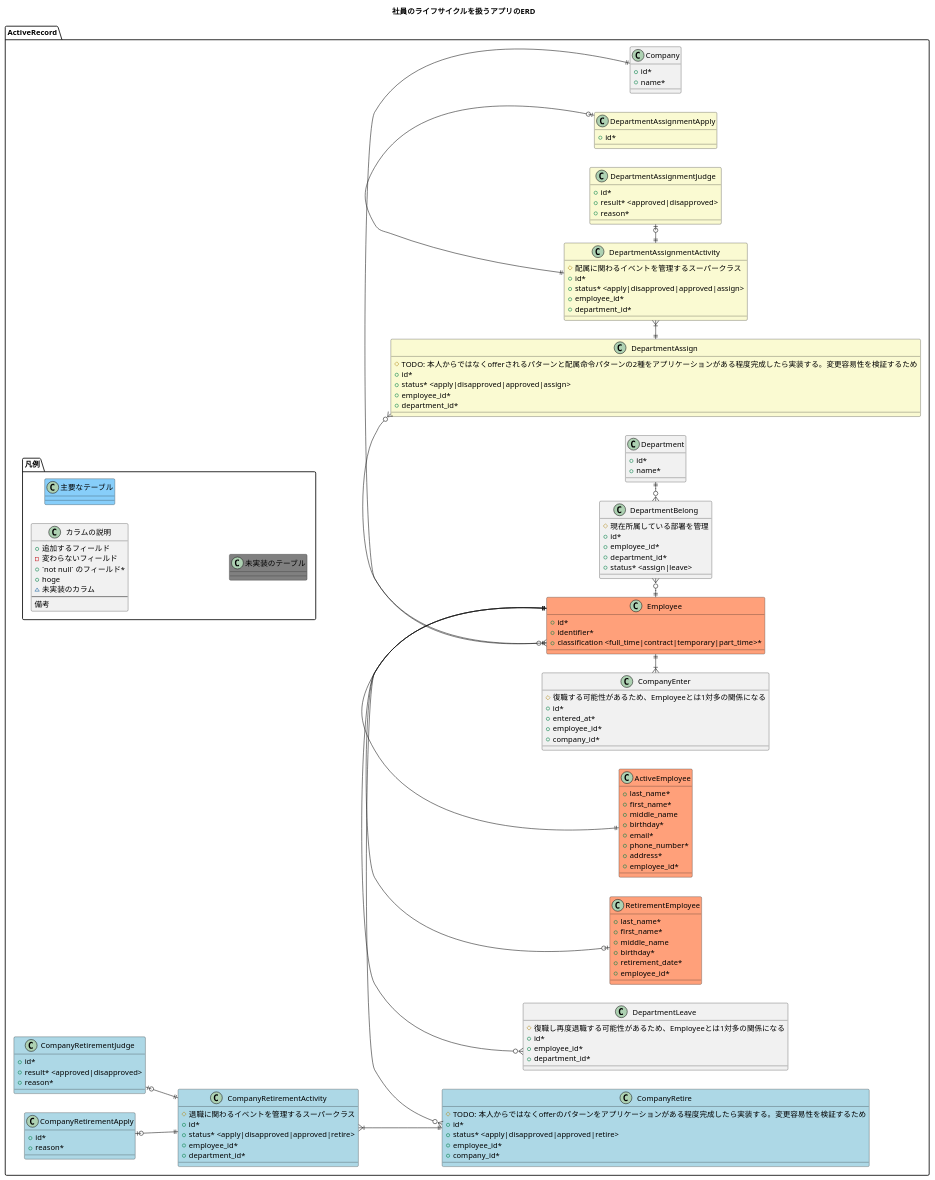
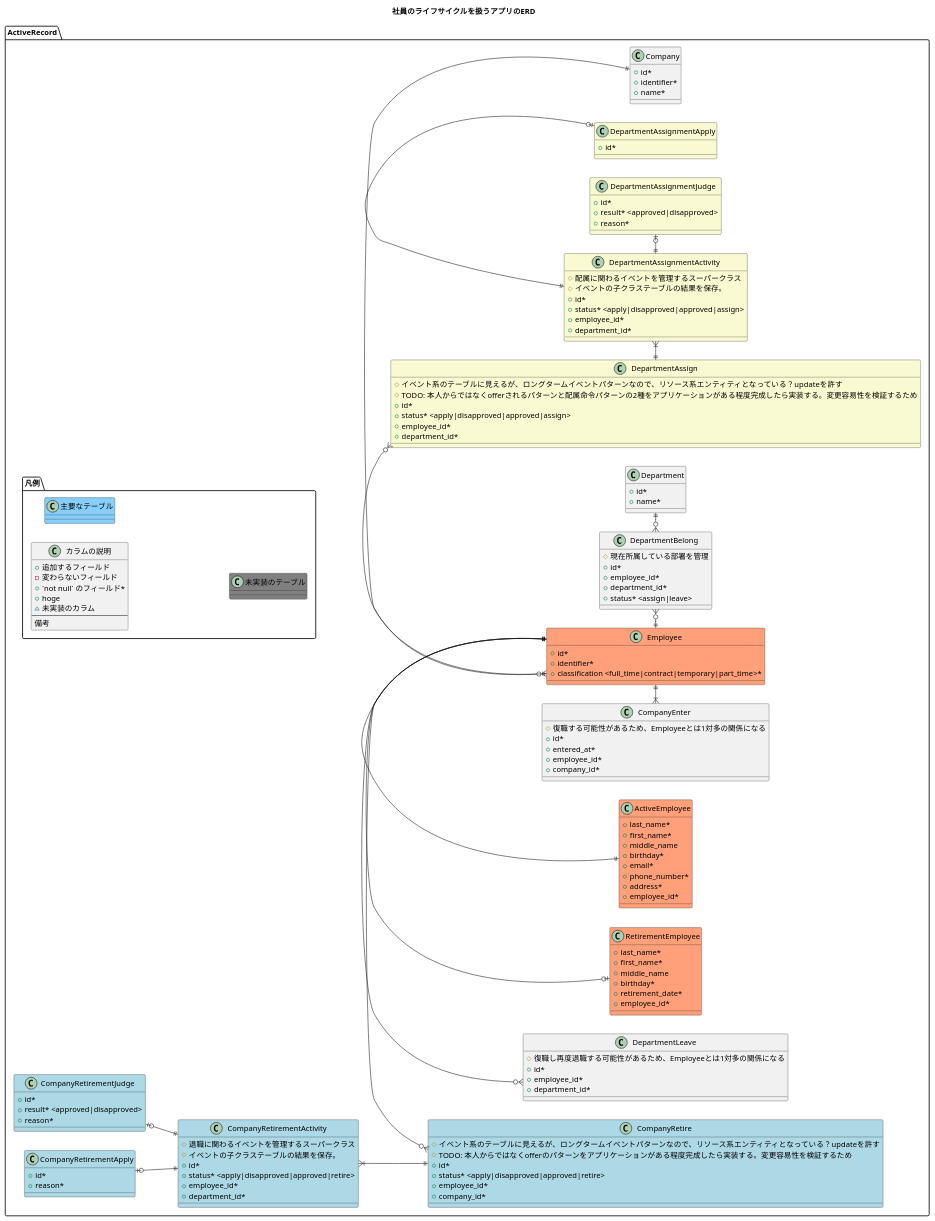
The diagram in SystemDesign/ er.puml (nakamori-naoya/human_resource_management_app_rails), drawn with PlantUML before and after one commit.

Commit message:
comment:テーブルの役割に対してコメントを付与

```diff
--- a/SystemDesign/ er.puml
+++ b/SystemDesign/ er.puml
@@ -1,155 +1,160 @@
 @startuml
 title
 社員のライフサイクルを扱うアプリのERD
 end title
 left to right direction
 
 namespace ActiveRecord {
   namespace 凡例 {
     class カラムの説明 {
       + 追加するフィールド
       - 変わらないフィールド
       + `not null` のフィールド*
       + hoge 
       ~ 未実装のカラム
       --
       備考
     }
 
     class 主要なテーブル #LightSkyBlue {
     }
 
     class 未実装のテーブル #Grey {
     }
   }
 
   class Employee #LightSalmon {
     + id*
     + identifier*
     + classification <full_time|contract|temporary|part_time>*
   }
 
   class ActiveEmployee #LightSalmon {
     + last_name*
     + first_name*
     + middle_name
     + birthday*
     + email*
     + phone_number*
     + address*
     + employee_id*
   }
 
   class RetirementEmployee #LightSalmon {
     + last_name*
     + first_name*
     + middle_name
     + birthday*
     + retirement_date*
     + employee_id*
   }
 
   class Company {
     + id*
+    + identifier*
     + name*
   }
 
   class CompanyEnter {
     # 復職する可能性があるため、Employeeとは1対多の関係になる
     + id*
     + entered_at*
     + employee_id*
     + company_id*
   }
 
   class CompanyRetire #LightBlue{
+    # イベント系のテーブルに見えるが、ロングタームイベントパターンなので、リソース系エンティティとなっている？updateを許す
     # TODO: 本人からではなくofferのパターンをアプリケーションがある程度完成したら実装する。変更容易性を検証するため
     + id*
     + status* <apply|disapproved|approved|retire>
     + employee_id*
     + company_id*
   }
 
   class CompanyRetirementActivity #LightBlue{
     # 退職に関わるイベントを管理するスーパークラス
+    # イベントの子クラステーブルの結果を保存。
     + id*
     + status* <apply|disapproved|approved|retire>
     + employee_id*
     + department_id*
   }
 
   class CompanyRetirementApply #LightBlue{
     + id*
     + reason* 
   }
 
   class CompanyRetirementJudge #LightBlue {
     + id*
     + result* <approved|disapproved>
     + reason* 
   }
 
   class Department {
     + id*
     + name*
   }
 
   class DepartmentAssign  #LightGoldenRodYellow{
+    # イベント系のテーブルに見えるが、ロングタームイベントパターンなので、リソース系エンティティとなっている？updateを許す
     # TODO: 本人からではなくofferされるパターンと配属命令パターンの2種をアプリケーションがある程度完成したら実装する。変更容易性を検証するため
     + id*
     + status* <apply|disapproved|approved|assign>
     + employee_id*
     + department_id*
   }
 
   class DepartmentAssignmentActivity #LightGoldenRodYellow{
     # 配属に関わるイベントを管理するスーパークラス
+    # イベントの子クラステーブルの結果を保存。
     + id*
     + status* <apply|disapproved|approved|assign>
     + employee_id*
     + department_id*
   }
 
   class DepartmentAssignmentApply #LightGoldenRodYellow{
     + id*
   }
 
   class DepartmentAssignmentJudge #LightGoldenRodYellow{
     + id*
     + result* <approved|disapproved>
     + reason* 
   }
 
   class DepartmentLeave {
     # 復職し再度退職する可能性があるため、Employeeとは1対多の関係になる
     + id*
     + employee_id*
     + department_id*
   }
 
   class DepartmentBelong {
     # 現在所属している部署を管理
     + id*
     + employee_id*
     + department_id*
     + status* <assign|leave>
   }
 
 
   Company ||-l-o{ Employee
   Employee ||-l-|{ CompanyEnter
   Employee ||-l-|| ActiveEmployee
   Employee ||-l-o| RetirementEmployee
   Employee ||-l-o{ CompanyRetire
   CompanyRetire ||-u-|{ CompanyRetirementActivity
   CompanyRetirementActivity ||-u-o| CompanyRetirementApply
   CompanyRetirementActivity ||-u-o| CompanyRetirementJudge
   Employee ||-r-o{ DepartmentAssign
   DepartmentAssign ||-r-|{ DepartmentAssignmentActivity
   DepartmentAssignmentActivity ||-r-o| DepartmentAssignmentApply
   DepartmentAssignmentActivity ||-r-o| DepartmentAssignmentJudge
   Employee ||-l-o{ DepartmentLeave
   Department ||-l-o{ DepartmentBelong
   DepartmentBelong }o-l-|| Employee
 }
 @enduml
```
